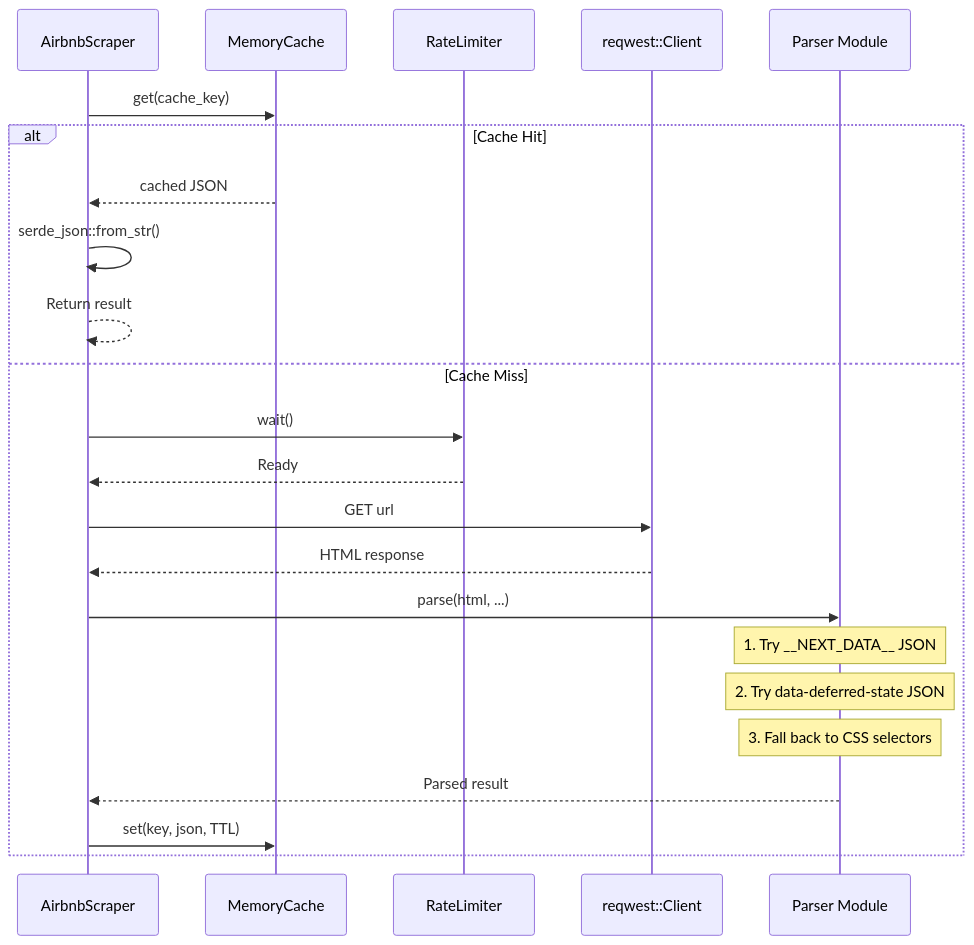
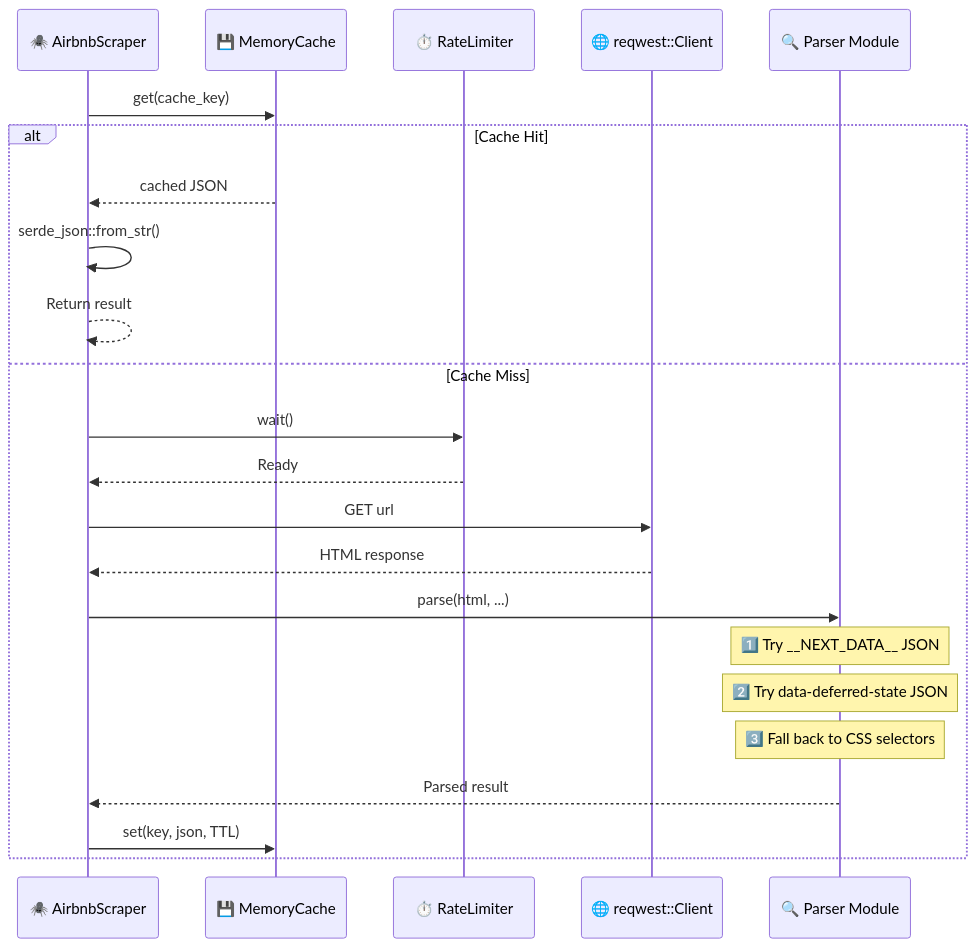
Before and after one commit to muchiny/mcp-airbnb: the diagram in src/adapters/scraper/README.md, drawn with Mermaid. The commit also changed other lines of this file and 11 other files, not shown here.

First line of the commit message:
docs: update all READMEs with emojis, mermaid diagrams, and full coverage

````diff
--- a/src/adapters/scraper/README.md
+++ b/src/adapters/scraper/README.md
@@ -50,26 +49,26 @@
 ```mermaid
 sequenceDiagram
-    participant Client as AirbnbScraper
-    participant Cache as MemoryCache
-    participant RL as RateLimiter
-    participant HTTP as reqwest::Client
-    participant Parser as Parser Module
+    participant Client as 🕷️ AirbnbScraper
+    participant Cache as 💾 MemoryCache
+    participant RL as ⏱️ RateLimiter
+    participant HTTP as 🌐 reqwest::Client
+    participant Parser as 🔍 Parser Module
 
     Client->>Cache: get(cache_key)
     alt Cache Hit
         Cache-->>Client: cached JSON
         Client->>Client: serde_json::from_str()
         Client-->>Client: Return result
     else Cache Miss
         Client->>RL: wait()
         RL-->>Client: Ready
         Client->>HTTP: GET url
         HTTP-->>Client: HTML response
         Client->>Parser: parse(html, ...)
-        Note over Parser: 1. Try __NEXT_DATA__ JSON
-        Note over Parser: 2. Try data-deferred-state JSON
-        Note over Parser: 3. Fall back to CSS selectors
+        Note over Parser: 1️⃣ Try __NEXT_DATA__ JSON
+        Note over Parser: 2️⃣ Try data-deferred-state JSON
+        Note over Parser: 3️⃣ Fall back to CSS selectors
         Parser-->>Client: Parsed result
         Client->>Cache: set(key, json, TTL)
     end
 ```
````
